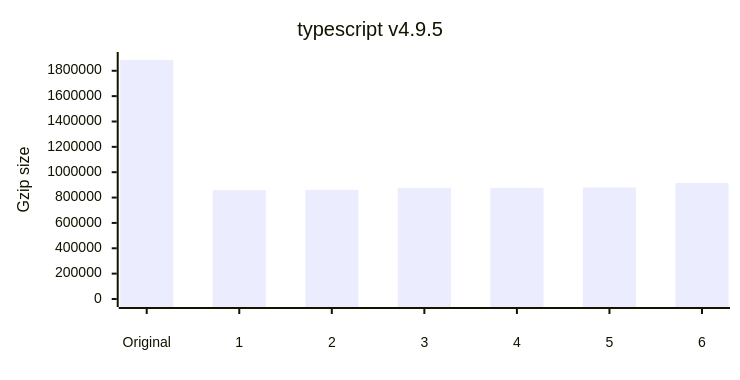
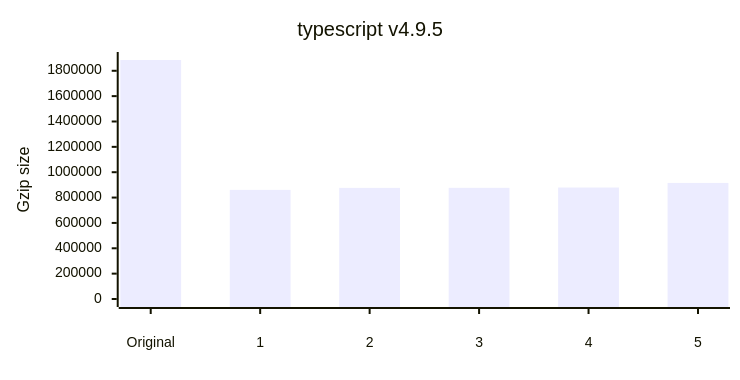
Before and after one commit to privatenumber/minification-benchmarks: diagram 12 of 12 in README.md, drawn with Mermaid. The commit also changed other lines of this file, not shown here.

````diff
--- a/README.md
+++ b/README.md
@@ -510,17 +543,17 @@
 ```mermaid
 ---
 config:
     xyChart:
         width: 720
         height: 360
         xAxis:
             labelPadding: 20
         yAxis:
             labelPadding: 10
 ---
 xychart-beta
 	title "typescript v4.9.5"
-	x-axis ["Original",1,2,3,4,5,6]
+	x-axis ["Original",1,2,3,4,5]
 	y-axis "Gzip size" 0 --> 1884998
-	bar [1884998,858287,860673,876535,876658,879301,915551]
+	bar [1884998,860655,876535,876658,879301,915551]
 ```
````
